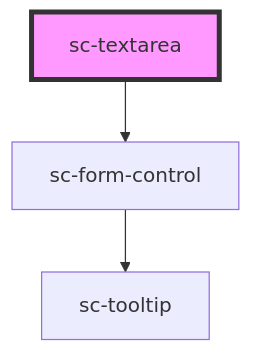
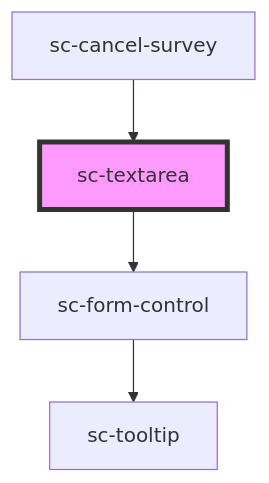
Before and after one commit to surecart/surecart-wp-plugin: the diagram in packages/components/src/components/ui/sc-textarea/readme.md, drawn with Mermaid. The commit also changed other lines of this file and 44 other files, not shown here.

````diff
--- a/packages/components/src/components/ui/sc-textarea/readme.md
+++ b/packages/components/src/components/ui/sc-textarea/readme.md
@@ -80,6 +94,7 @@
 ```mermaid
 graph TD;
   sc-textarea --> sc-form-control
   sc-form-control --> sc-tooltip
+  sc-cancel-survey --> sc-textarea
   style sc-textarea fill:#f9f,stroke:#333,stroke-width:4px
 ```
````
